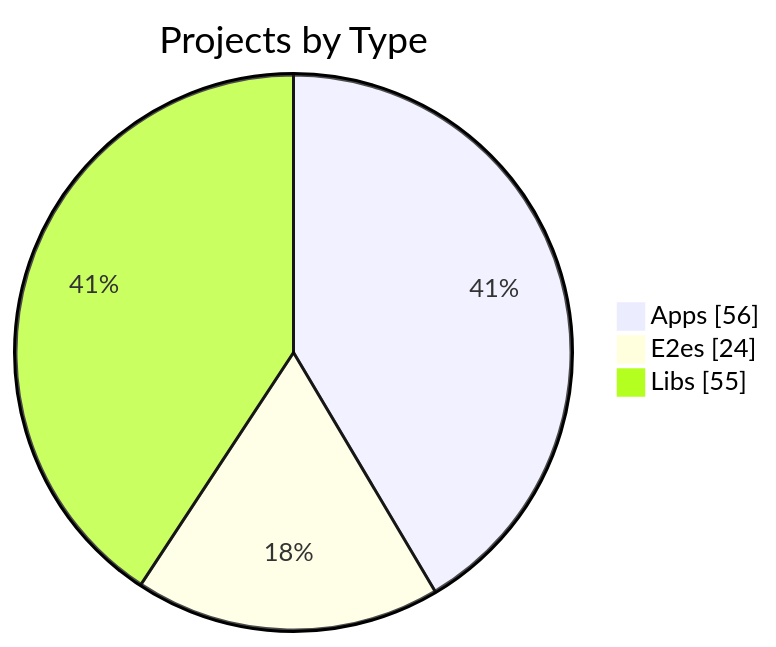
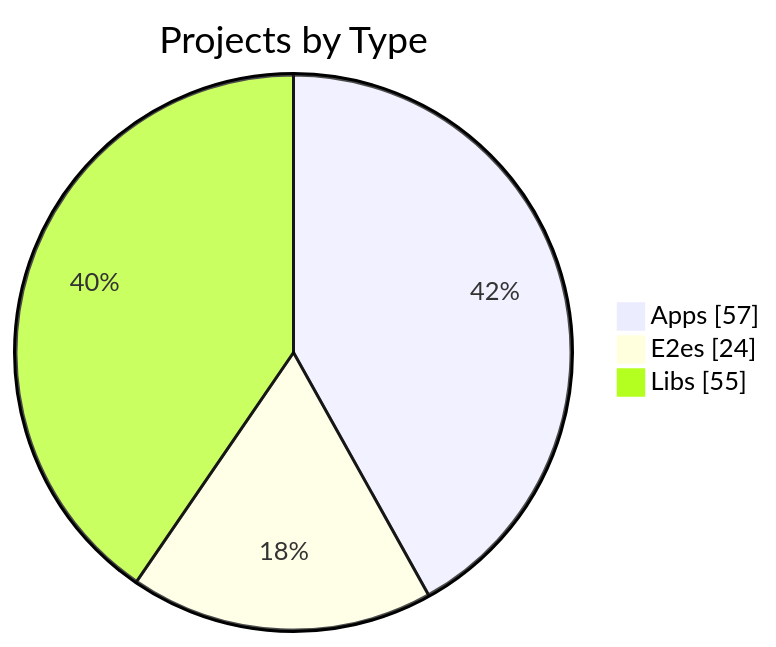
Before and after one commit to KBVE/kbve: the first of 3 diagrams in apps/kbve/astro-kbve/src/content/docs/dashboard/graph.mdx, drawn with Mermaid. The commit also changed other lines of this file and 8 other files, not shown here.

````diff
--- a/apps/kbve/astro-kbve/src/content/docs/dashboard/graph.mdx
+++ b/apps/kbve/astro-kbve/src/content/docs/dashboard/graph.mdx
@@ -56,7 +56,7 @@
 ```mermaid
 pie showData
     title Projects by Type
-    "Apps" : 56
+    "Apps" : 57
     "E2es" : 24
     "Libs" : 55
 ```
````
